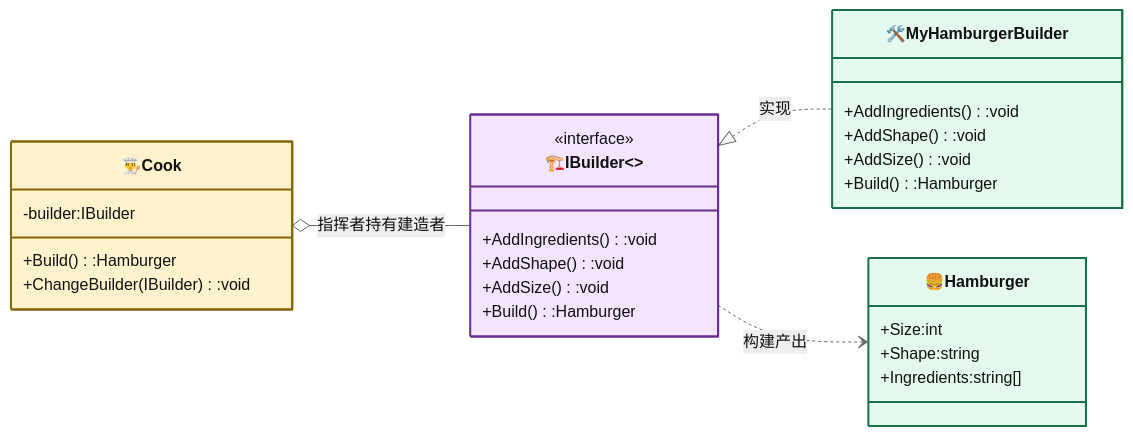
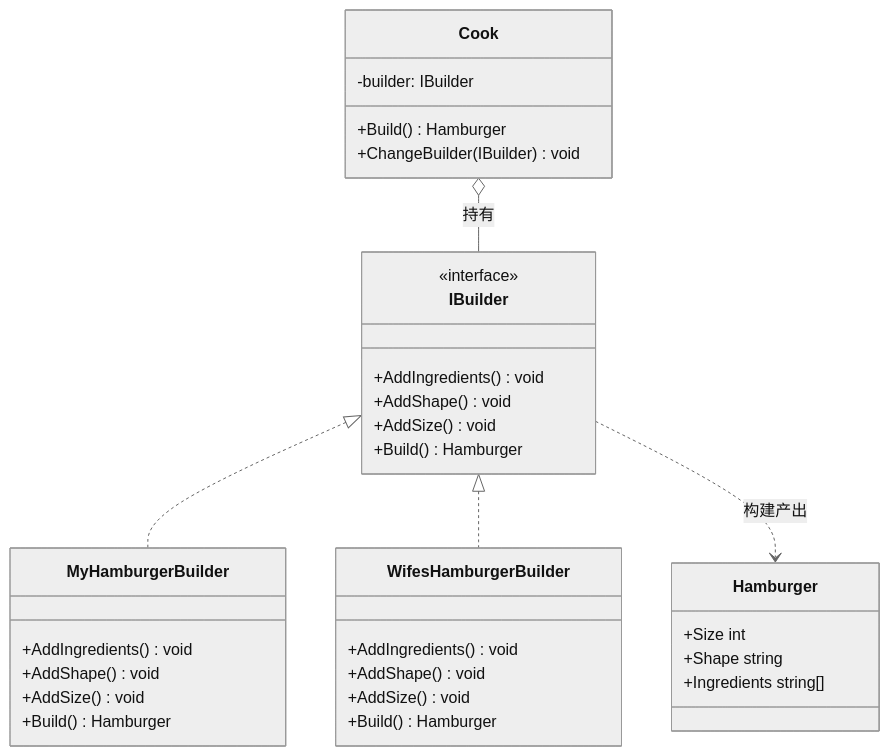
The second of 2 diagrams in BuilderPattern/README.md (hollson/design_patterns), drawn with Mermaid (neutral theme) before and after one commit. The commit also changed other lines of this file and 19 other files, not shown here.

````diff
--- a/BuilderPattern/README.md
+++ b/BuilderPattern/README.md
@@ -20,37 +50,37 @@
 ```mermaid
-%%{init: {"classDiagram": {"useMarkdownLabels": true}} }%%
 classDiagram
-    direction LR
-
-    class Director["👨‍🍳Cook"]:::contextCls{
-        -builder:IBuilder
-        +Build():Hamburger
-        +ChangeBuilder(IBuilder):void
+    class Cook {
+        -builder: IBuilder
+        +Build() Hamburger
+        +ChangeBuilder(IBuilder) void
     }
-    class Builder["🏗️IBuilder<<interface>>"]:::strategyCls{
+    class IBuilder {
         <<interface>>
-        +AddIngredients():void
-        +AddShape():void
-        +AddSize():void
-        +Build():Hamburger
+        +AddIngredients() void
+        +AddShape() void
+        +AddSize() void
+        +Build() Hamburger
     }
-    class ConcreteBuilder["🛠️MyHamburgerBuilder"]:::concreteCls{
-        +AddIngredients():void
-        +AddShape():void
-        +AddSize():void
-        +Build():Hamburger
+    class MyHamburgerBuilder {
+        +AddIngredients() void
+        +AddShape() void
+        +AddSize() void
+        +Build() Hamburger
     }
-    class Product["🍔Hamburger"]:::concreteCls{
-        +Size:int
-        +Shape:string
-        +Ingredients:string[]
+    class WifesHamburgerBuilder {
+        +AddIngredients() void
+        +AddShape() void
+        +AddSize() void
+        +Build() Hamburger
+    }
+    class Hamburger {
+        +Size int
+        +Shape string
+        +Ingredients string[]
     }
 
-    Director o-- Builder : 指挥者持有建造者
-    Builder <|.. ConcreteBuilder : 实现
-    Builder ..> Product : 构建产出
-
-    classDef contextCls fill:#fff3cd,stroke:#856404,stroke-width:2px
-    classDef strategyCls fill:#f3e5ff,stroke:#6b2d91,stroke-width:2px
-    classDef concreteCls fill:#e5faef,stroke:#177048,stroke-width:2px
+    Cook o-- IBuilder : 持有
+    IBuilder <|.. MyHamburgerBuilder
+    IBuilder <|.. WifesHamburgerBuilder
+    IBuilder ..> Hamburger : 构建产出
 ```
````
